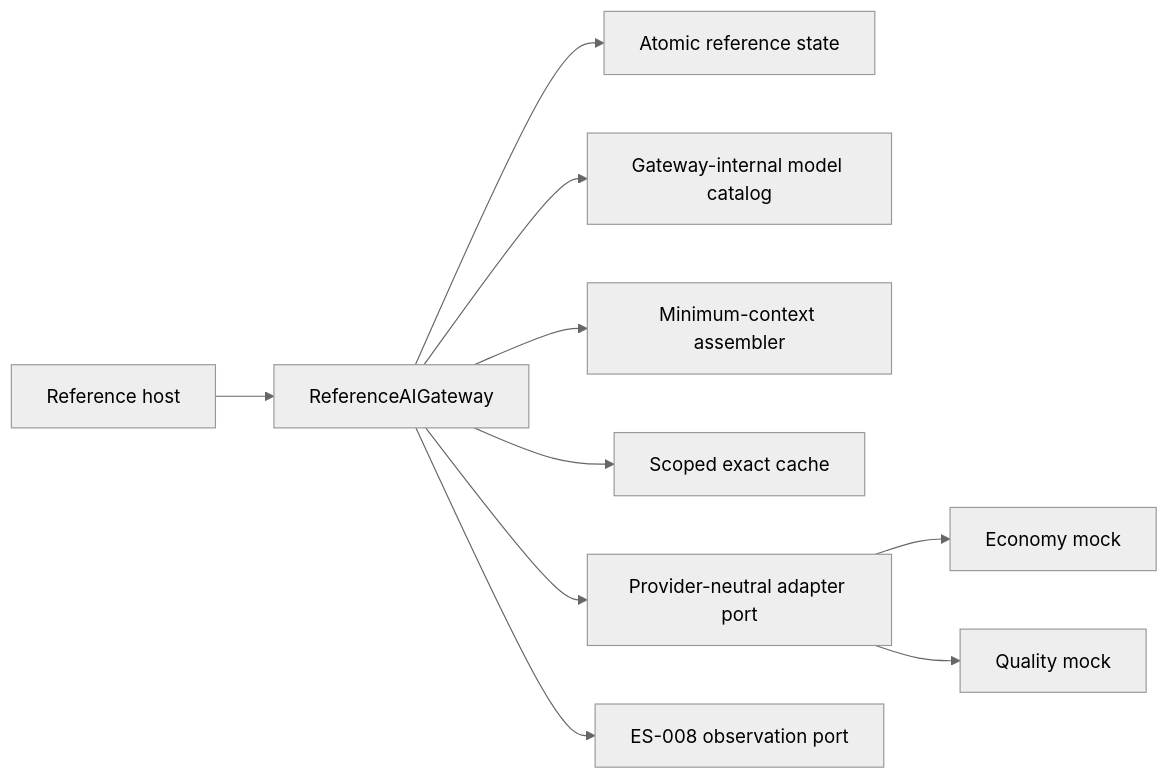
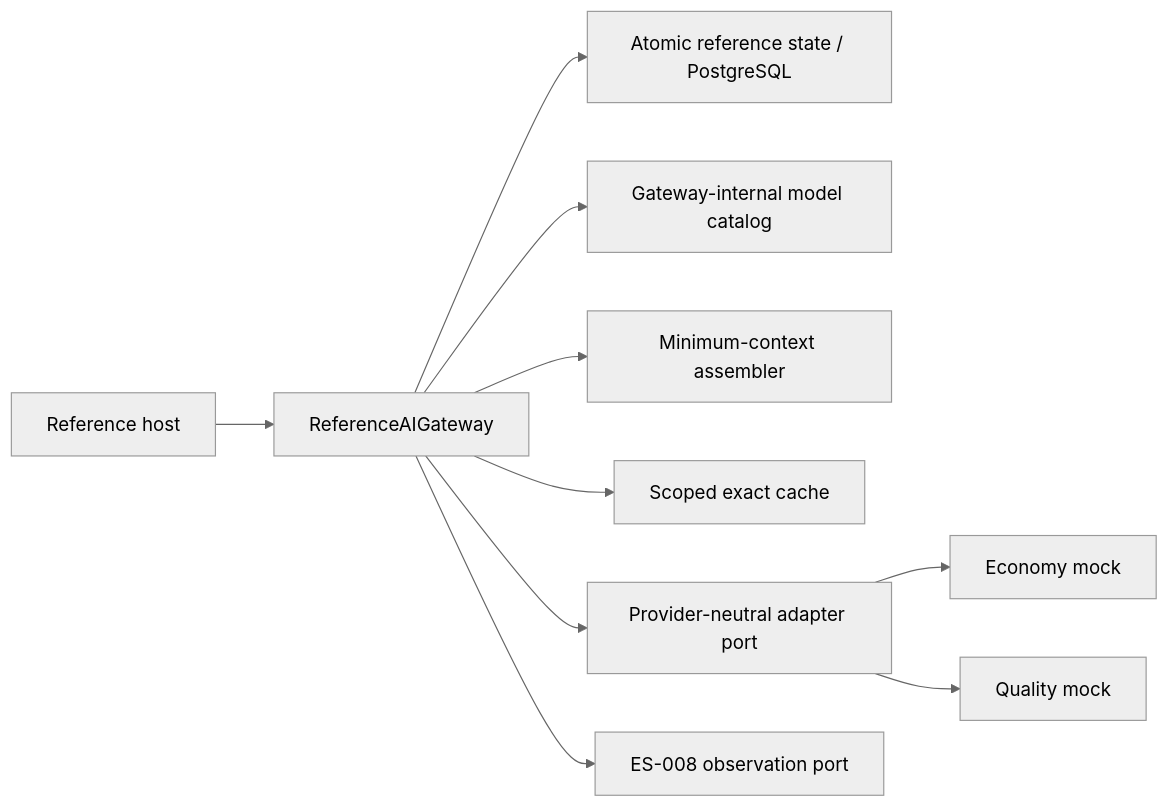
The first of 2 diagrams in docs/runtime-architecture/AI-Gateway-Reference-Implementation.md (mayurbhavsar04/AIEOS), drawn with Mermaid (neutral theme) before and after one commit. The commit also changed other lines of this file and 4 other files, not shown here.

````diff
--- a/docs/runtime-architecture/AI-Gateway-Reference-Implementation.md
+++ b/docs/runtime-architecture/AI-Gateway-Reference-Implementation.md
@@ -19,12 +19,12 @@
 ```mermaid
 flowchart LR
     HOST["Reference host"] --> GW["ReferenceAIGateway"]
-    GW --> STORE["Atomic reference state"]
+    GW --> STORE["Atomic reference state / PostgreSQL"]
     GW --> CATALOG["Gateway-internal model catalog"]
     GW --> PROMPT["Minimum-context assembler"]
     GW --> CACHE["Scoped exact cache"]
     GW --> ADAPTER["Provider-neutral adapter port"]
     ADAPTER --> E["Economy mock"]
     ADAPTER --> Q["Quality mock"]
     GW --> OBS["ES-008 observation port"]
 ```
````
